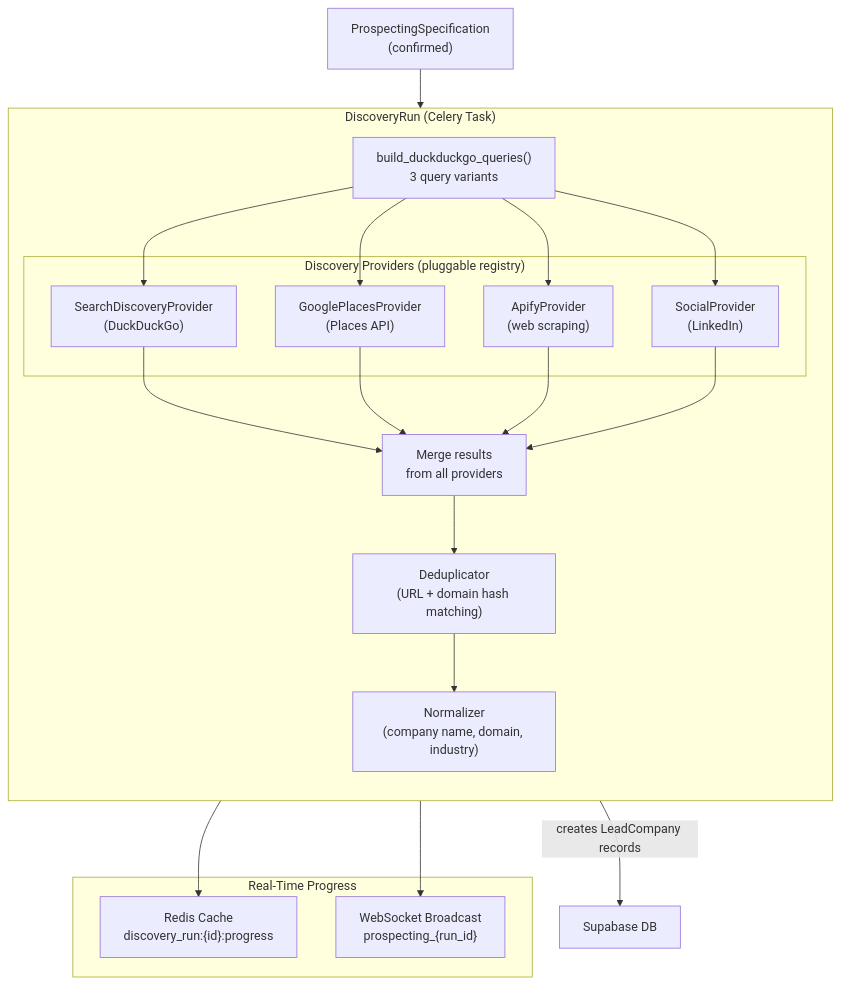
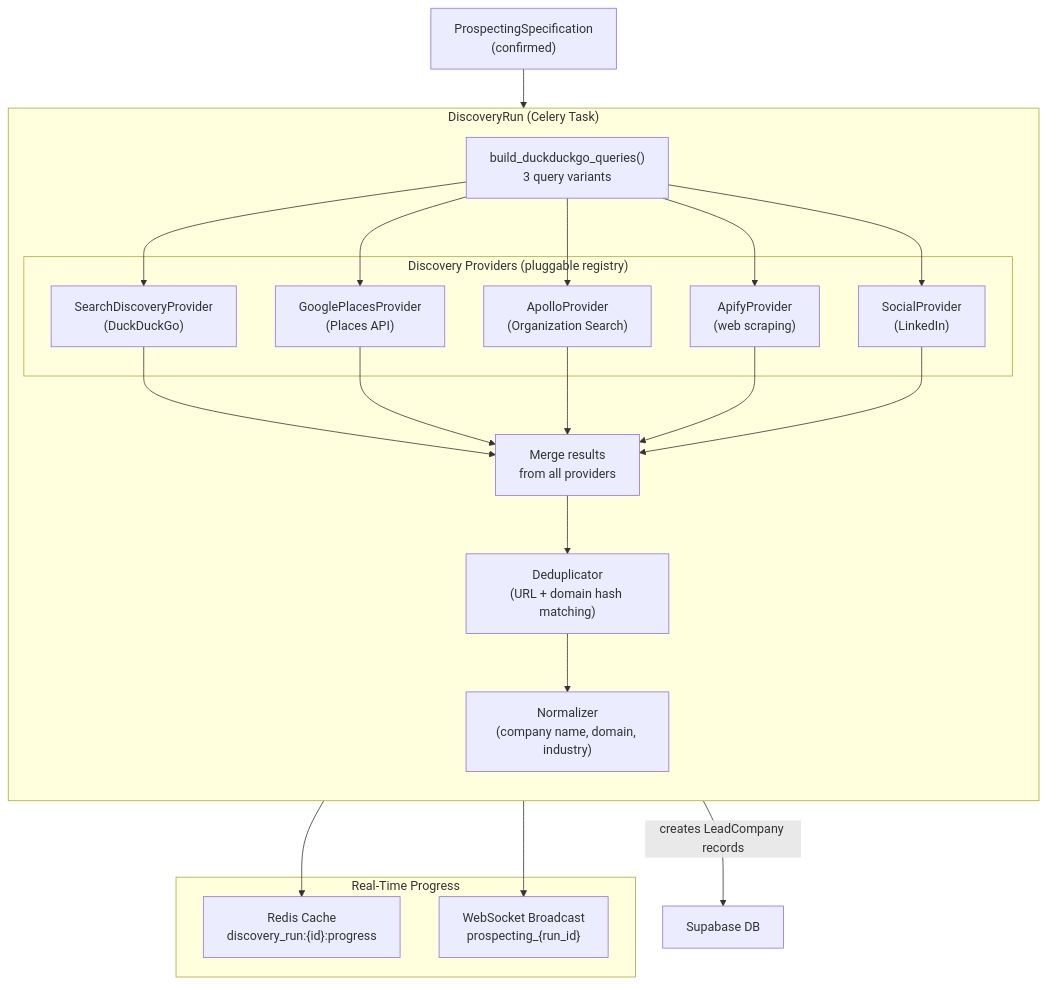
One commit to Ingenuity07/nomad-bot changed the seventh of 11 diagrams in README.md. Above: the diagram before and after it, drawn with Mermaid. The commit also changed other lines of this file and 9 other files, not shown here.

````diff
--- a/README.md
+++ b/README.md
@@ -546,37 +546,39 @@
 ```mermaid
 graph TD
     SPEC["ProspectingSpecification\n(confirmed)"]
 
     subgraph DiscoveryRun["DiscoveryRun (Celery Task)"]
         direction TB
         QUERY["build_duckduckgo_queries()\n3 query variants"]
         
         subgraph Providers["Discovery Providers (pluggable registry)"]
             DDG["SearchDiscoveryProvider\n(DuckDuckGo)"]
             GP["GooglePlacesProvider\n(Places API)"]
+            APOLLO["ApolloProvider\n(Organization Search)"]
             APIFY["ApifyProvider\n(web scraping)"]
             SOC["SocialProvider\n(LinkedIn)"]
         end
         
         MERGE["Merge results\nfrom all providers"]
         DEDUP2["Deduplicator\n(URL + domain hash matching)"]
         NORM2["Normalizer\n(company name, domain, industry)"]
     end
 
     subgraph Progress["Real-Time Progress"]
         CACHE["Redis Cache\ndiscovery_run:{id}:progress"]
         WS2["WebSocket Broadcast\nprospecting_{run_id}"]
     end
 
     SPEC --> QUERY
     QUERY --> DDG
     QUERY --> GP
+    QUERY --> APOLLO
     QUERY --> APIFY
     QUERY --> SOC
-    DDG & GP & APIFY & SOC --> MERGE
+    DDG & GP & APOLLO & APIFY & SOC --> MERGE
     MERGE --> DEDUP2
     DEDUP2 --> NORM2
     NORM2 -->|creates LeadCompany records| DB["Supabase DB"]
     NORM2 --> CACHE
     NORM2 --> WS2
 ```
````
